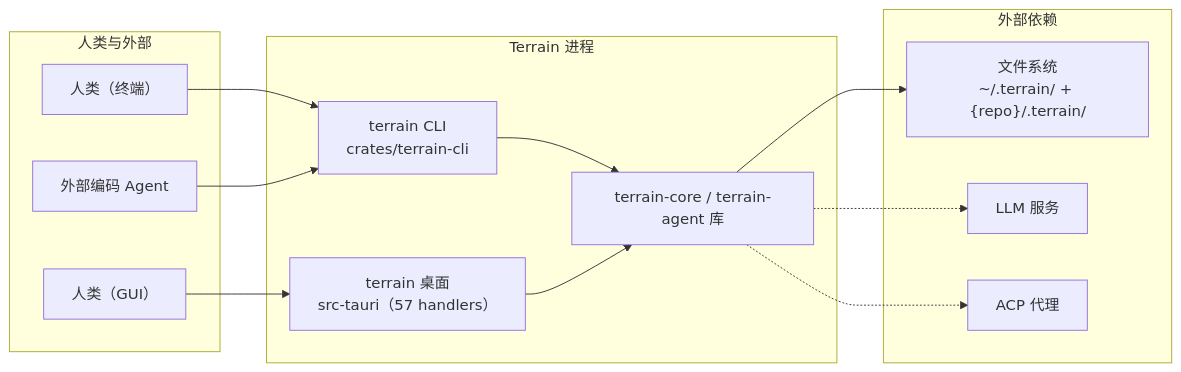
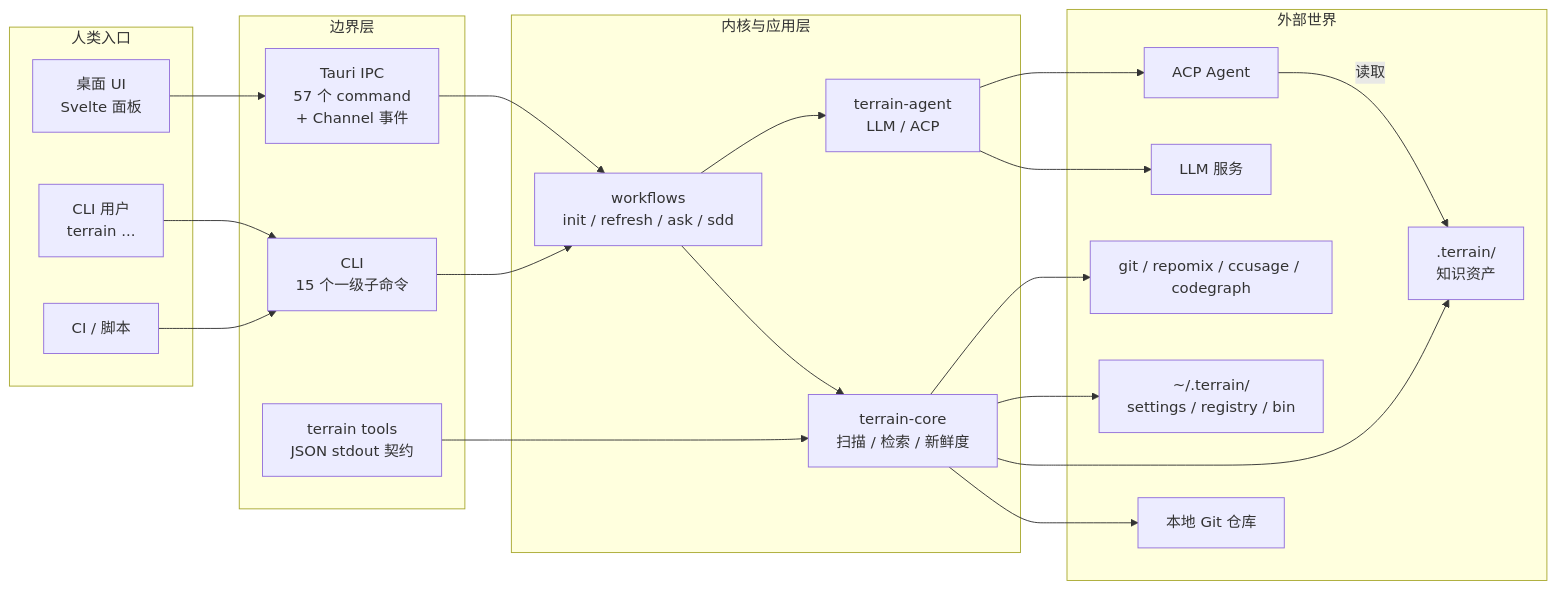
One commit to sopaco/terrain changed the first of 2 diagrams in .terrain/human/5.边界接口.md. Above: the diagram before and after it, drawn with Mermaid. The commit also changed other lines of this file and 39 other files, not shown here.

````diff
--- a/.terrain/human/5.边界接口.md
+++ b/.terrain/human/5.边界接口.md
@@ -17,26 +13,45 @@
 ```mermaid
 flowchart LR
-    subgraph 人类与外部
-        H1["人类（终端）"]
-        H2["人类（GUI）"]
-        A1["外部编码 Agent"]
+    subgraph humanLayer["人类入口"]
+        UI["桌面 UI<br/>Svelte 面板"]
+        CLIUSER["CLI 用户<br/>terrain ..."]
+        CI["CI / 脚本"]
     end
-    subgraph Terrain 进程
-        CLI["terrain CLI<br/>crates/terrain-cli"]
-        GUI["terrain 桌面<br/>src-tauri（57 handlers）"]
-        LIB["terrain-core / terrain-agent 库"]
-        CLI --> LIB
-        GUI --> LIB
+
+    subgraph boundaryLayer["边界层"]
+        IPC["Tauri IPC<br/>57 个 command<br/>+ Channel 事件"]
+        CLI["CLI<br/>15 个一级子命令"]
+        TOOLSJSON["terrain tools<br/>JSON stdout 契约"]
     end
-    subgraph 外部依赖
-        FS["文件系统<br/>~/.terrain/ + {repo}/.terrain/"]
+
+    subgraph coreLayer["内核与应用层"]
+        WF["workflows<br/>init / refresh / ask / sdd"]
+        CORE["terrain-core<br/>扫描 / 检索 / 新鲜度"]
+        AGENT["terrain-agent<br/>LLM / ACP"]
+    end
+
+    subgraph externalLayer["外部世界"]
+        REPO["本地 Git 仓库"]
+        HOME["~/.terrain/<br/>settings / registry / bin"]
+        KNOW[".terrain/<br/>知识资产"]
         LLM["LLM 服务"]
-        ACP["ACP 代理"]
+        ACP["ACP Agent"]
+        PROCS["git / repomix / ccusage / codegraph"]
     end
-    H1 --> CLI
-    H2 --> GUI
-    A1 --> CLI
-    LIB --> FS
-    LIB -.-> LLM
-    LIB -.-> ACP
+
+    UI --> IPC
+    CLIUSER --> CLI
+    CI --> CLI
+    IPC --> WF
+    CLI --> WF
+    TOOLSJSON --> CORE
+    WF --> CORE
+    WF --> AGENT
+    CORE --> REPO
+    CORE --> KNOW
+    CORE --> HOME
+    CORE --> PROCS
+    AGENT --> LLM
+    AGENT --> ACP
+    ACP -->|"读取"| KNOW
 ```
````
